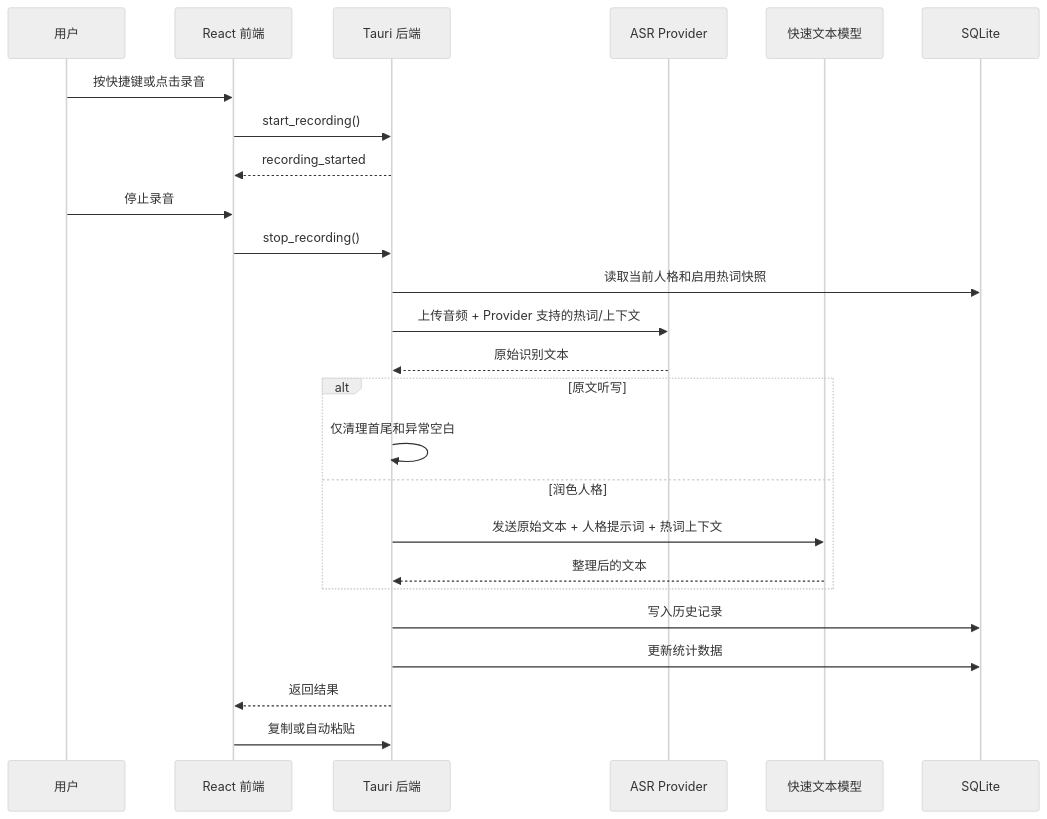
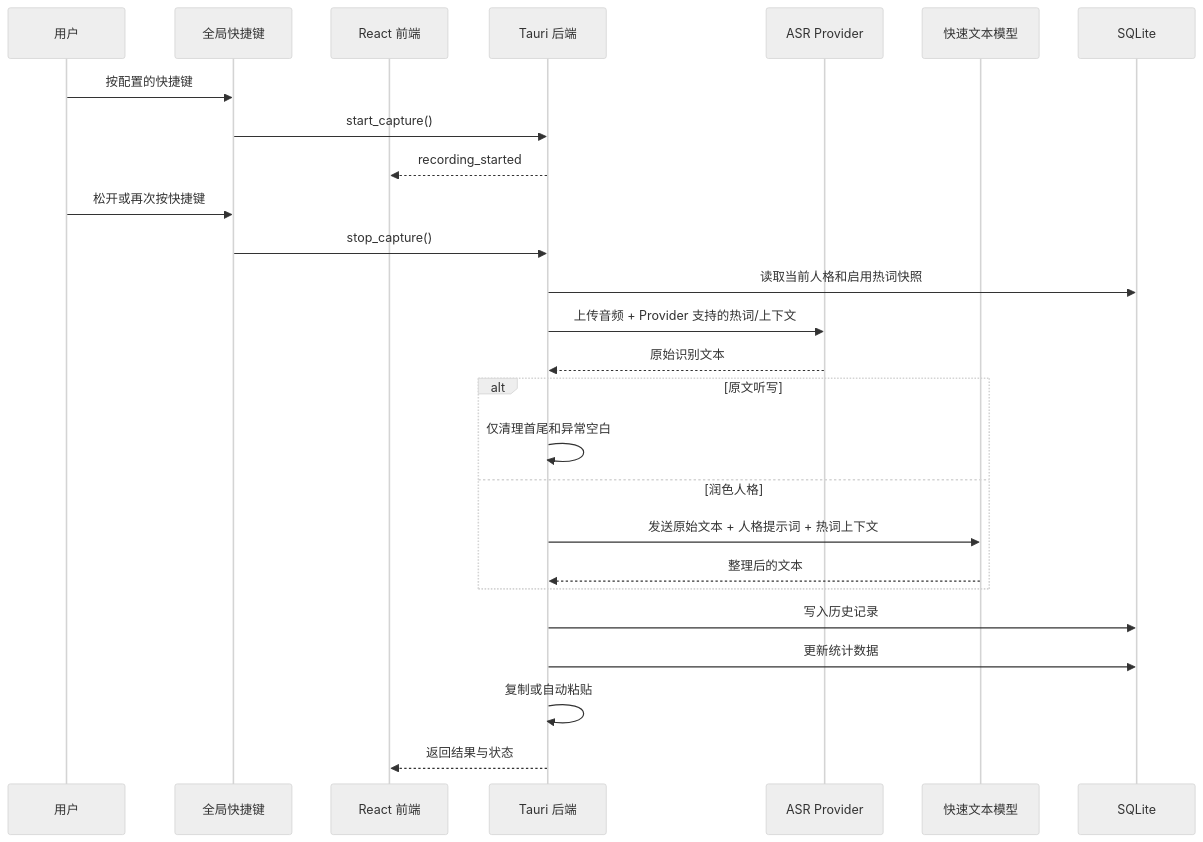
One commit to qinyu765/xiluolin changed the second of 2 diagrams in docs/solution-design.md. Above: the diagram before and after it, drawn with Mermaid (neutral theme). The commit also changed other lines of this file and 13 other files, not shown here.

````diff
--- a/docs/solution-design.md
+++ b/docs/solution-design.md
@@ -116,28 +116,29 @@
 ```mermaid
 sequenceDiagram
   participant U as 用户
+  participant S as 全局快捷键
   participant UI as React 前端
   participant T as Tauri 后端
   participant A as ASR Provider
   participant L as 快速文本模型
   participant DB as SQLite
 
-  U->>UI: 按快捷键或点击录音
-  UI->>T: start_recording()
+  U->>S: 按配置的快捷键
+  S->>T: start_capture()
   T-->>UI: recording_started
-  U->>UI: 停止录音
-  UI->>T: stop_recording()
+  U->>S: 松开或再次按快捷键
+  S->>T: stop_capture()
   T->>DB: 读取当前人格和启用热词快照
   T->>A: 上传音频 + Provider 支持的热词/上下文
   A-->>T: 原始识别文本
   alt 原文听写
     T->>T: 仅清理首尾和异常空白
   else 润色人格
     T->>L: 发送原始文本 + 人格提示词 + 热词上下文
     L-->>T: 整理后的文本
   end
   T->>DB: 写入历史记录
   T->>DB: 更新统计数据
-  T-->>UI: 返回结果
-  UI->>T: 复制或自动粘贴
+  T->>T: 复制或自动粘贴
+  T-->>UI: 返回结果与状态
 ```
````
